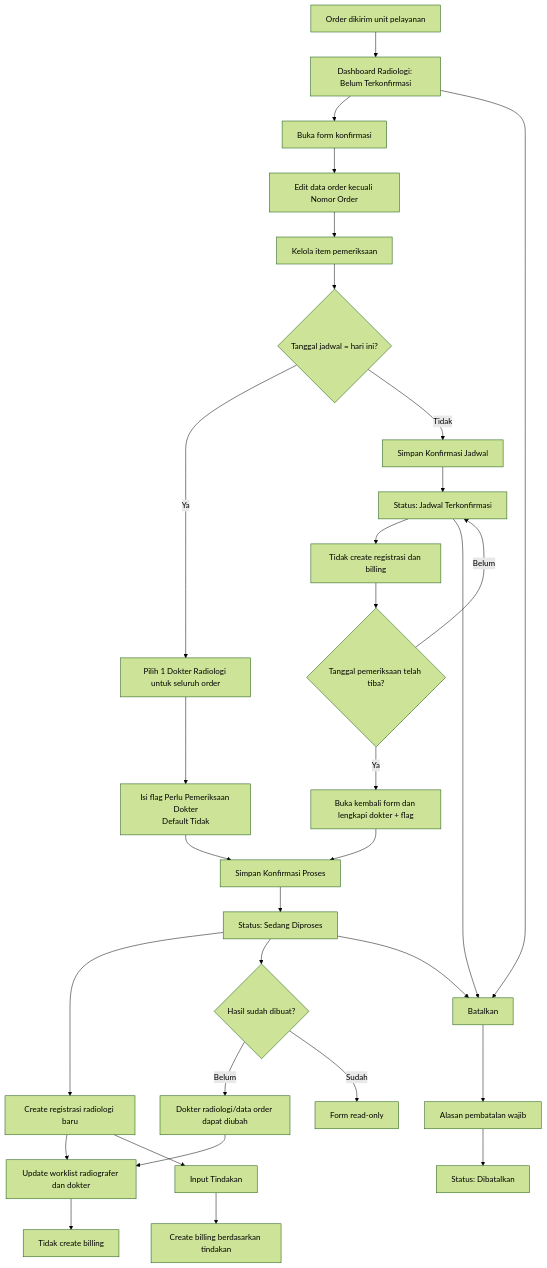
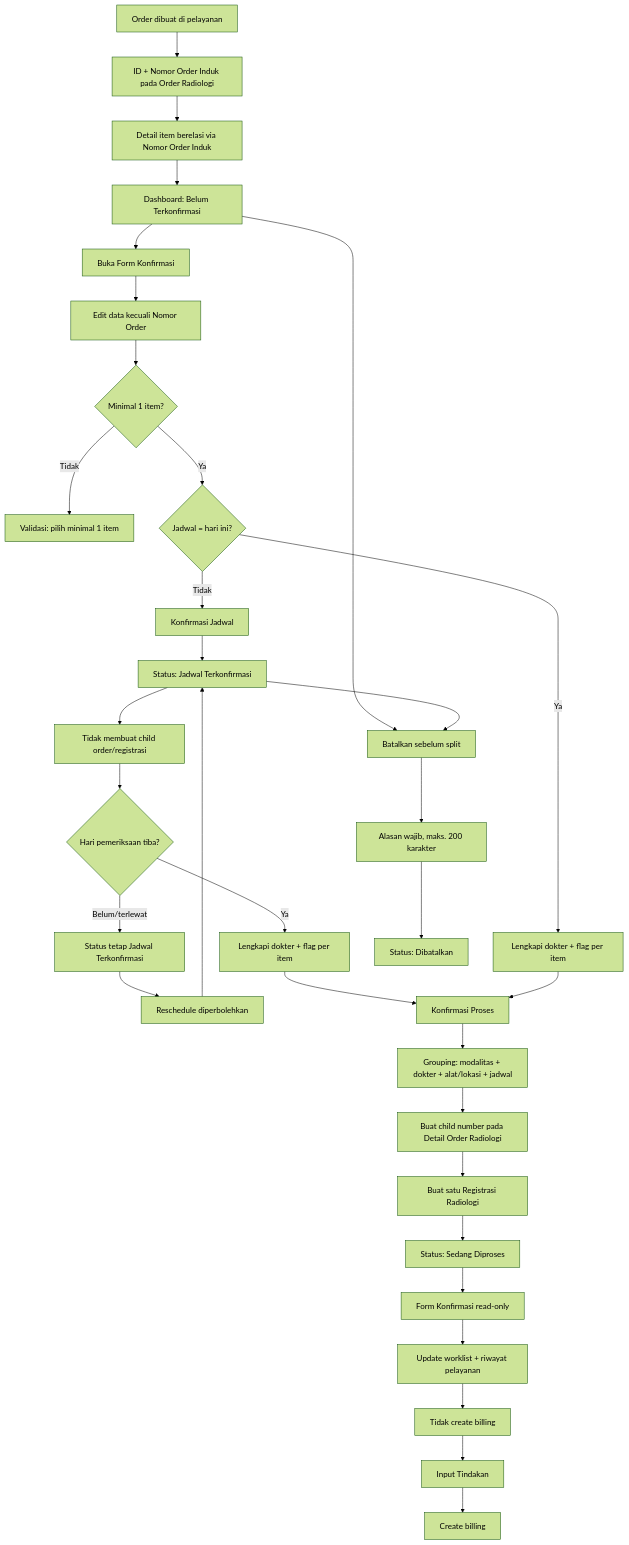
Before and after one commit to Alwafauzan/prd_generator: the diagram in other_prd(prd_dari_google_drive)/Pelayanan (.md)/PRD-Konfirmasi-Order-Radiologi.md, drawn with Mermaid (forest theme). The commit also changed other lines of this file and 17 other files, not shown here.

````diff
--- a/other_prd(prd_dari_google_drive)/Pelayanan (.md)/PRD-Konfirmasi-Order-Radiologi.md
+++ b/other_prd(prd_dari_google_drive)/Pelayanan (.md)/PRD-Konfirmasi-Order-Radiologi.md
@@ -195,38 +218,38 @@
 ```mermaid
 flowchart TD
-    A[Order dikirim unit pelayanan] --> B[Dashboard Radiologi: Belum Terkonfirmasi]
-    B --> C[Buka form konfirmasi]
-    C --> D[Edit data order kecuali Nomor Order]
-    D --> E[Kelola item pemeriksaan]
-    E --> F{Tanggal jadwal = hari ini?}
+    A[Order dibuat di pelayanan] --> B[ID + Nomor Order Induk pada Order Radiologi]
+    B --> C[Detail item berelasi via Nomor Order Induk]
+    C --> D[Dashboard: Belum Terkonfirmasi]
+    D --> E[Buka Form Konfirmasi]
+    E --> F[Edit data kecuali Nomor Order]
+    F --> G{Minimal 1 item?}
+    G -- Tidak --> H[Validasi: pilih minimal 1 item]
+    G -- Ya --> I{Jadwal = hari ini?}
 
-    F -- Ya --> G[Pilih 1 Dokter Radiologi untuk seluruh order]
-    G --> H[Isi flag Perlu Pemeriksaan Dokter\nDefault Tidak]
-    H --> I[Simpan Konfirmasi Proses]
-    I --> J[Status: Sedang Diproses]
-    J --> K[Create registrasi radiologi baru]
-    K --> L[Update worklist radiografer dan dokter]
-    L --> M[Tidak create billing]
+    I -- Tidak --> J[Konfirmasi Jadwal]
+    J --> K[Status: Jadwal Terkonfirmasi]
+    K --> L[Tidak membuat child order/registrasi]
+    L --> M{Hari pemeriksaan tiba?}
+    M -- Belum/terlewat --> N[Status tetap Jadwal Terkonfirmasi]
+    N --> O[Reschedule diperbolehkan]
+    O --> K
+    M -- Ya --> P[Lengkapi dokter + flag per item]
 
-    F -- Tidak --> N[Simpan Konfirmasi Jadwal]
-    N --> O[Status: Jadwal Terkonfirmasi]
-    O --> P[Tidak create registrasi dan billing]
-    P --> Q{Tanggal pemeriksaan telah tiba?}
-    Q -- Belum --> O
-    Q -- Ya --> R[Buka kembali form dan lengkapi dokter + flag]
-    R --> I
+    I -- Ya --> Q[Lengkapi dokter + flag per item]
+    P --> R[Konfirmasi Proses]
+    Q --> R
+    R --> S[Grouping: modalitas + dokter + alat/lokasi + jadwal]
+    S --> T[Buat child number pada Detail Order Radiologi]
+    T --> U[Buat satu Registrasi Radiologi]
+    U --> V[Status: Sedang Diproses]
+    V --> W[Form Konfirmasi read-only]
+    W --> X[Update worklist + riwayat pelayanan]
+    X --> Y[Tidak create billing]
+    Y --> Z[Input Tindakan]
+    Z --> AA[Create billing]
 
-    J --> S{Hasil sudah dibuat?}
-    S -- Belum --> T[Dokter radiologi/data order dapat diubah]
-    T --> L
-    S -- Sudah --> U[Form read-only]
-
-    K --> V[Input Tindakan]
-    V --> W[Create billing berdasarkan tindakan]
-
-    B --> X[Batalkan]
-    O --> X
-    J --> X
-    X --> Y[Alasan pembatalan wajib]
-    Y --> Z[Status: Dibatalkan]
+    D --> AF[Batalkan sebelum split]
+    K --> AF
+    AF --> AG[Alasan wajib, maks. 200 karakter]
+    AG --> AH[Status: Dibatalkan]
 ```
````
